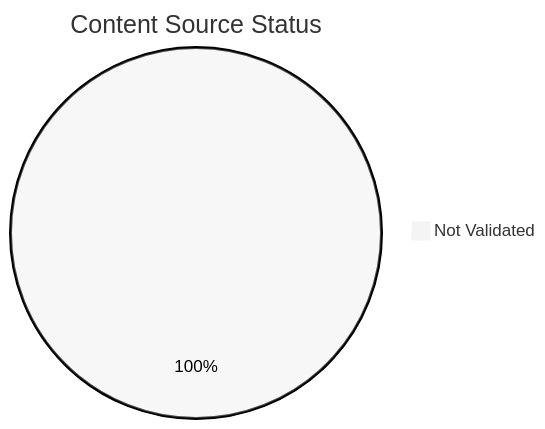
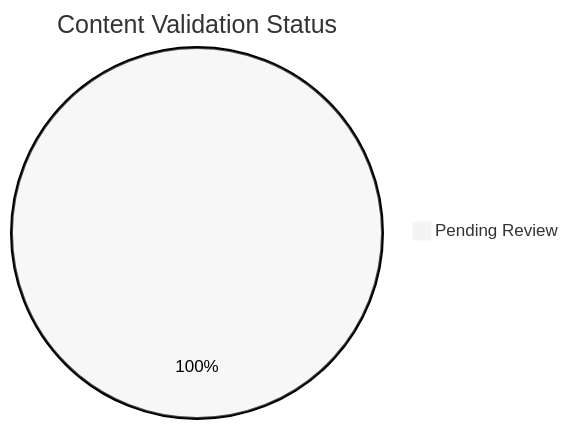
One commit to yeongseon/azure-monitoring-practical-guide changed the diagram in docs/reference/content-validation-status.md. Above: the diagram before and after it, drawn with Mermaid (neutral theme). The commit also changed other lines of this file and 100 other files, not shown here.

````diff
--- a/docs/reference/content-validation-status.md
+++ b/docs/reference/content-validation-status.md
@@ -30,4 +36,4 @@
 ```mermaid
-pie title Content Source Status
-    "Not Validated" : 101
+pie title Content Validation Status
+    "Pending Review" : 89
 ```
````
